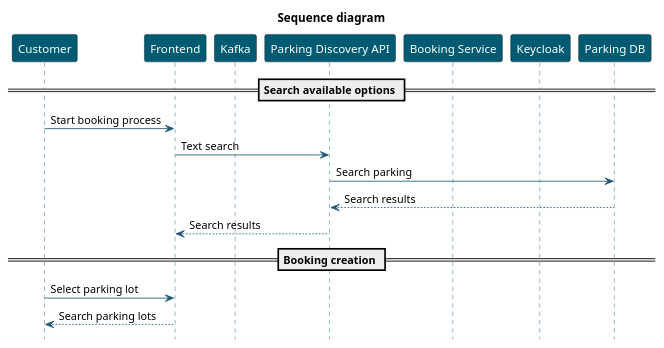
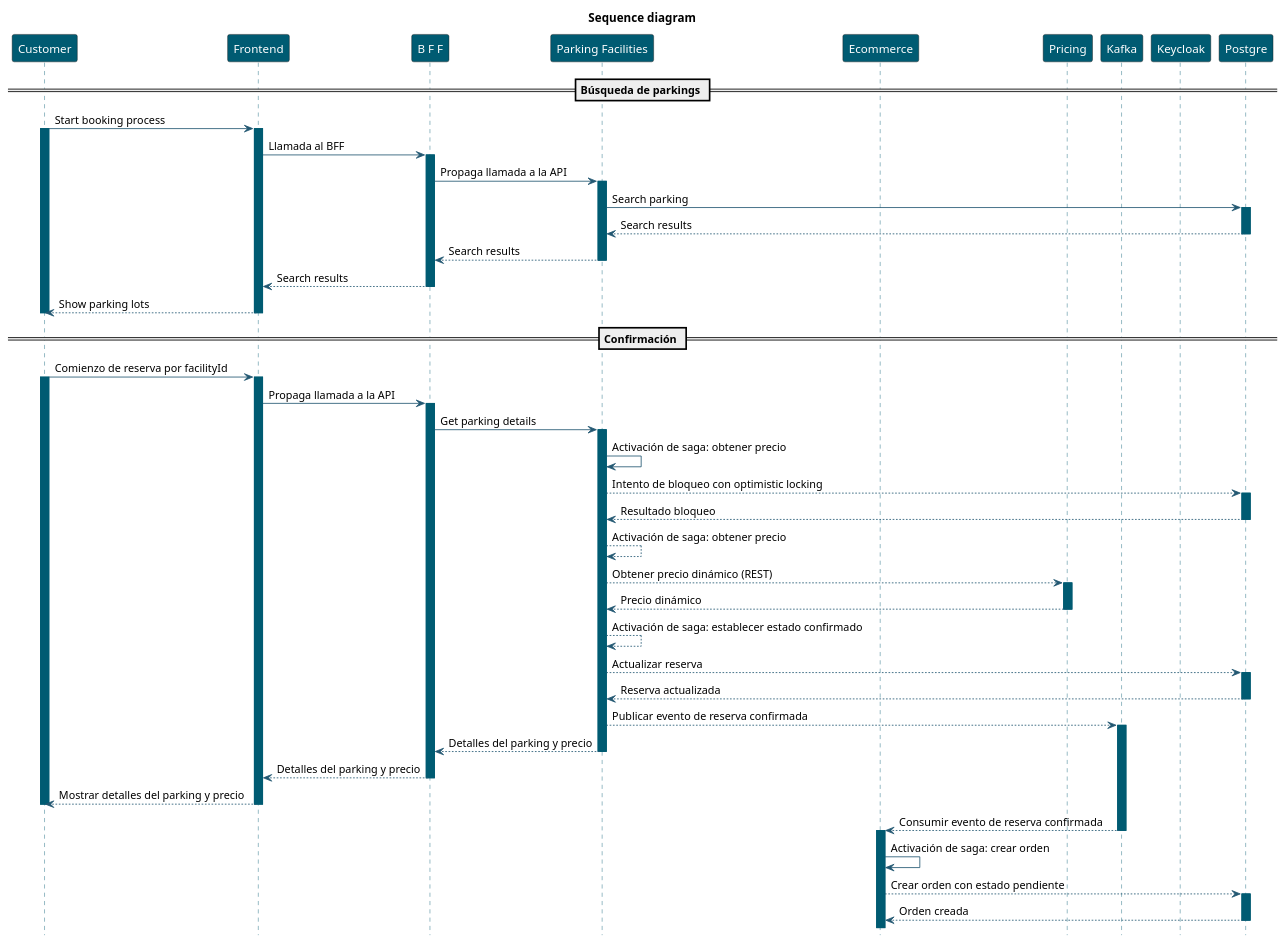
One commit to labcabrera/parking-reservation-system changed the diagram in docs/diagrams/sequence-diagram.plantuml. Above: the diagram before and after it, drawn with PlantUML. The commit also changed 11 other files, not shown here.

Commit message:
Fix order saga. Update mock payment API. Added payment gateway exception.

```diff
--- a/docs/diagrams/sequence-diagram.plantuml
+++ b/docs/diagrams/sequence-diagram.plantuml
@@ -1,40 +1,87 @@
 @startuml sequence-diagram
 title Sequence diagram
 hide footbox
 
 skinparam sequence {
     ParticipantBackgroundColor #005b72
     ParticipantFontColor #ffffff
     ArrowColor #235872
     LifeLineBorderColor #005b72
     LifeLineBackgroundColor #005b72
 }
 
 participant "Customer" as Customer
 participant "Frontend" as Frontend
+participant "B F F" as BFF
+participant "Parking Facilities" as ParkingFacilities
+participant "Ecommerce" as Ecommerce
+participant "Pricing" as Pricing
 participant "Kafka" as Kafka
 participant "Keycloak" as Keycloak
-participant "Parking Discovery API" as ParkingDiscoveryAPI
-participant "Booking Service" as BookingService
-participant "Keycloak" as Keycloak
-participant "Parking DB" as ParkingDB
+participant "Postgre" as Postgre
 
-== Search available options ==
+== Búsqueda de parkings ==
 
 Customer -> Frontend: Start booking process
-Frontend -> ParkingDiscoveryAPI : Text search
-ParkingDiscoveryAPI -> ParkingDB : Search parking
-ParkingDB --> ParkingDiscoveryAPI : Search results
-ParkingDiscoveryAPI --> Frontend : Search results
+activate Customer
+activate Frontend
+Frontend -> BFF : Llamada al BFF
+activate BFF
+BFF -> ParkingFacilities : Propaga llamada a la API
+activate ParkingFacilities
+ParkingFacilities -> Postgre : Search parking
+activate Postgre
+Postgre --> ParkingFacilities : Search results
+deactivate Postgre
+ParkingFacilities --> BFF : Search results
+deactivate ParkingFacilities
+BFF --> Frontend : Search results
+deactivate BFF
+Frontend --> Customer : Show parking lots
+deactivate Customer
+deactivate Frontend
 
-== Booking creation ==
+== Confirmación ==
 
-Customer -> Frontend: Select parking lot
-Frontend --> Customer : Search parking lots
+Customer -> Frontend: Comienzo de reserva por facilityId
+activate Customer
+activate Frontend
+Frontend -> BFF : Propaga llamada a la API
+activate BFF
+BFF -> ParkingFacilities : Get parking details
+activate ParkingFacilities
+ParkingFacilities -> ParkingFacilities: Activación de saga: obtener precio
+ParkingFacilities --> Postgre : Intento de bloqueo con optimistic locking
+activate Postgre
+Postgre --> ParkingFacilities : Resultado bloqueo
+deactivate Postgre
+ParkingFacilities --> ParkingFacilities: Activación de saga: obtener precio
+ParkingFacilities --> Pricing : Obtener precio dinámico (REST)
+activate Pricing
+Pricing --> ParkingFacilities : Precio dinámico
+deactivate Pricing
+ParkingFacilities --> ParkingFacilities: Activación de saga: establecer estado confirmado
+ParkingFacilities --> Postgre : Actualizar reserva
+activate Postgre
+Postgre --> ParkingFacilities : Reserva actualizada
+deactivate Postgre
+ParkingFacilities --> Kafka : Publicar evento de reserva confirmada
+activate Kafka
+ParkingFacilities --> BFF : Detalles del parking y precio
+deactivate ParkingFacilities
+BFF --> Frontend : Detalles del parking y precio
+deactivate BFF
+Frontend --> Customer : Mostrar detalles del parking y precio
+deactivate Frontend
+deactivate Customer
 
-' Customer -> Frontend: Login OIDC
-
-' TODO COMPLETAR
-
+Kafka --> Ecommerce : Consumir evento de reserva confirmada
+deactivate Kafka
+activate Ecommerce
+Ecommerce -> Ecommerce : Activación de saga: crear orden
+Ecommerce --> Postgre : Crear orden con estado pendiente
+activate Postgre
+Postgre --> Ecommerce : Orden creada
+deactivate Postgre
 
 @enduml
```
